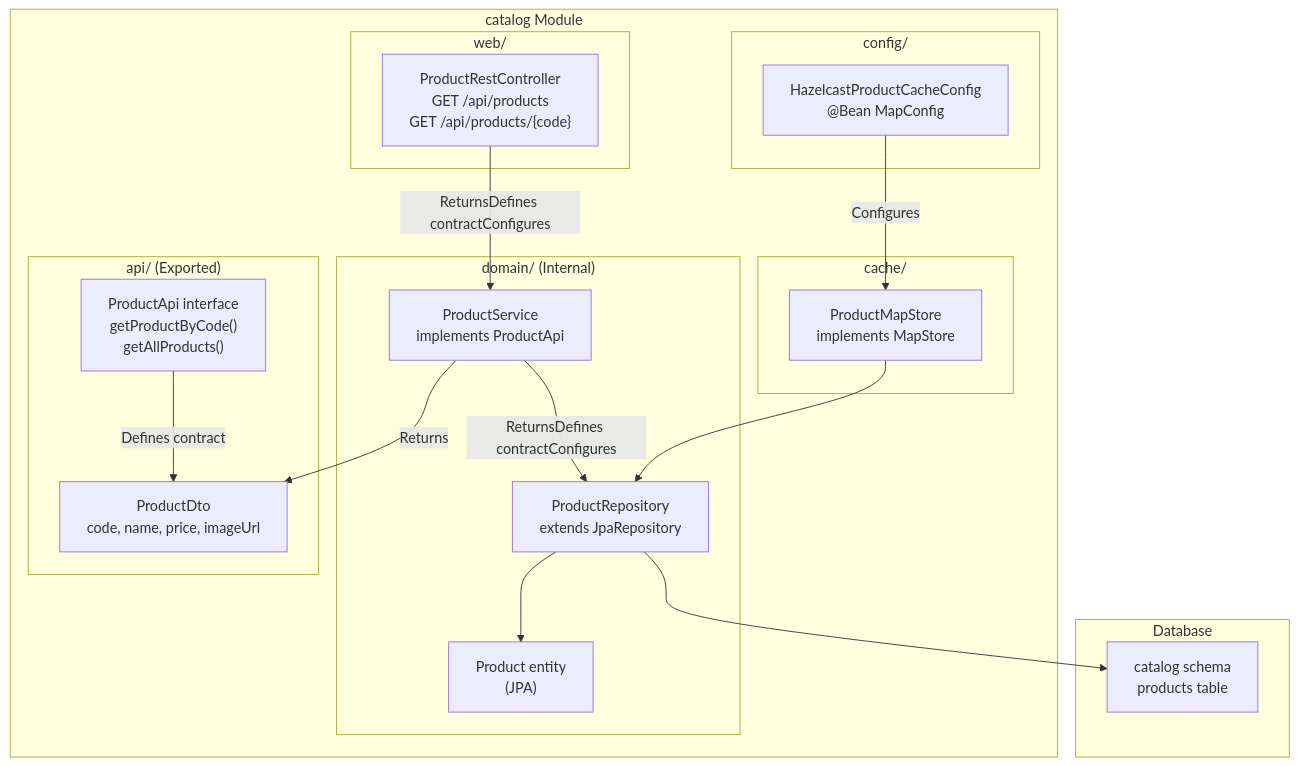
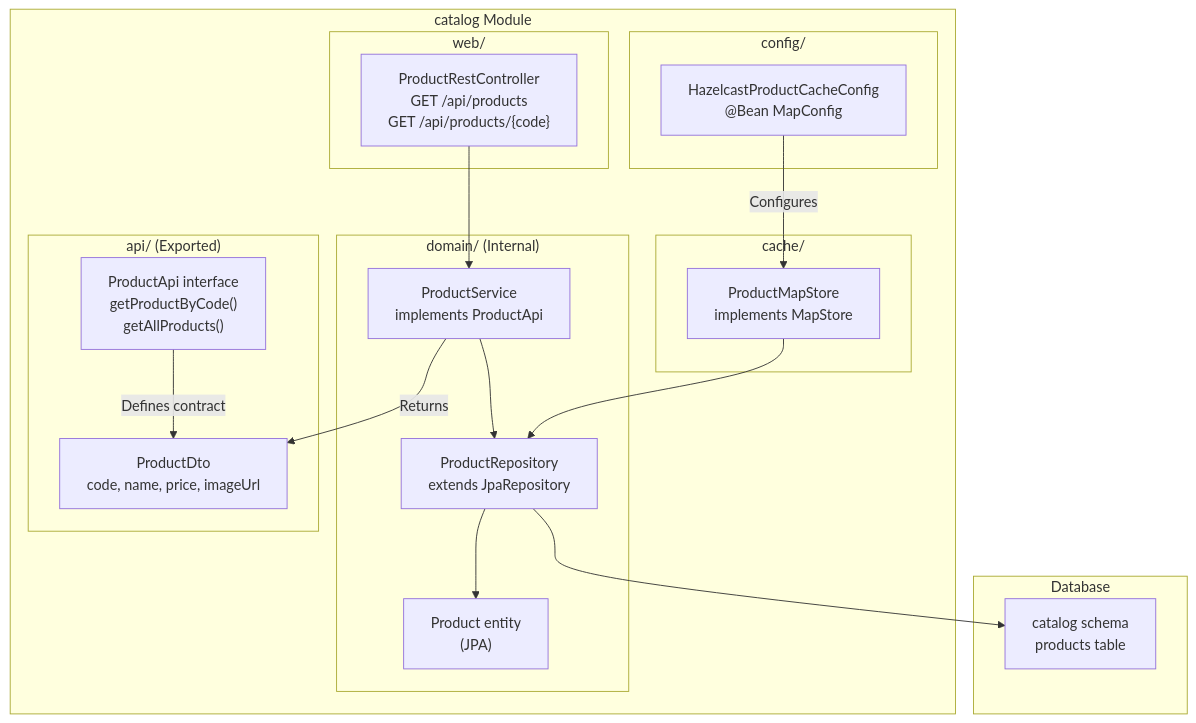
The fifth of 12 diagrams in docs/deepwiki/Module-Structure-and-Boundaries.md (philipz/spring-modular-monolith), drawn with Mermaid before and after one commit. The commit also changed other lines of this file and 32 other files, not shown here.

````diff
--- a/docs/deepwiki/Module-Structure-and-Boundaries.md
+++ b/docs/deepwiki/Module-Structure-and-Boundaries.md
@@ -270,52 +270,52 @@
 ```mermaid
 flowchart TD
 
 ProductApi["ProductApi interface<br>getProductByCode()<br>getAllProducts()"]
 ProductDto["ProductDto<br>code, name, price, imageUrl"]
 ProductService["ProductService<br>implements ProductApi"]
 ProductRepo["ProductRepository<br>extends JpaRepository"]
 ProductEntity["Product entity<br>(JPA)"]
 ProductRestController["ProductRestController<br>GET /api/products<br>GET /api/products/{code}"]
 ProductMapStore["ProductMapStore<br>implements MapStore"]
 HZProductCacheConfig["HazelcastProductCacheConfig<br>@Bean MapConfig"]
 CatalogSchema["catalog schema<br>products table"]
 
 ProductRepo --> CatalogSchema
 
 subgraph Database ["Database"]
     CatalogSchema
 end
 
 subgraph subGraph5 ["catalog Module"]
-    ProductRestController -->|"ReturnsDefines contractConfigures"| ProductService
+    ProductRestController --> ProductService
     ProductService -->|"Returns"| ProductDto
     ProductMapStore --> ProductRepo
     HZProductCacheConfig -->|"Configures"| ProductMapStore
 
 subgraph config/ ["config/"]
     HZProductCacheConfig
 end
 
 subgraph cache/ ["cache/"]
     ProductMapStore
 end
 
 subgraph web/ ["web/"]
     ProductRestController
 end
 
 subgraph subGraph1 ["domain/ (Internal)"]
     ProductService
     ProductRepo
     ProductEntity
-    ProductService -->|"ReturnsDefines contractConfigures"| ProductRepo
+    ProductService --> ProductRepo
     ProductRepo --> ProductEntity
 end
 
 subgraph subGraph0 ["api/ (Exported)"]
     ProductApi
     ProductDto
     ProductApi -->|"Defines contract"| ProductDto
 end
 end
 ```
````
